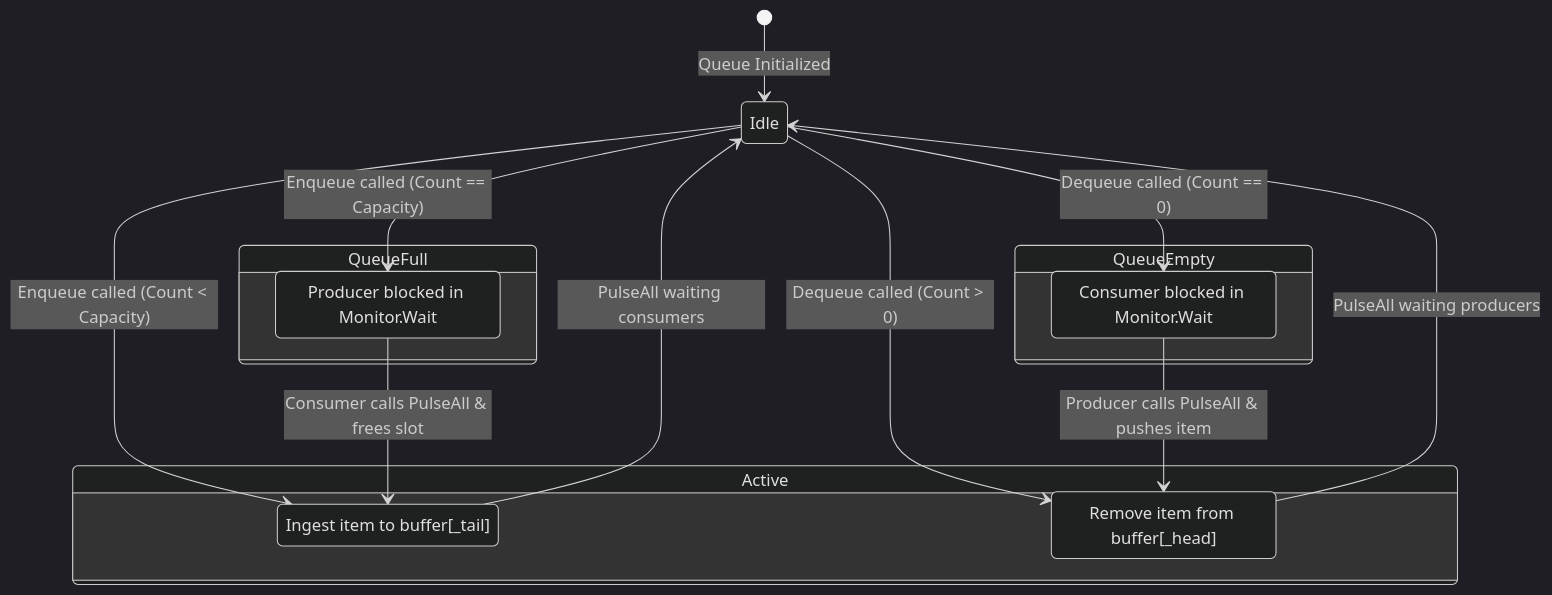
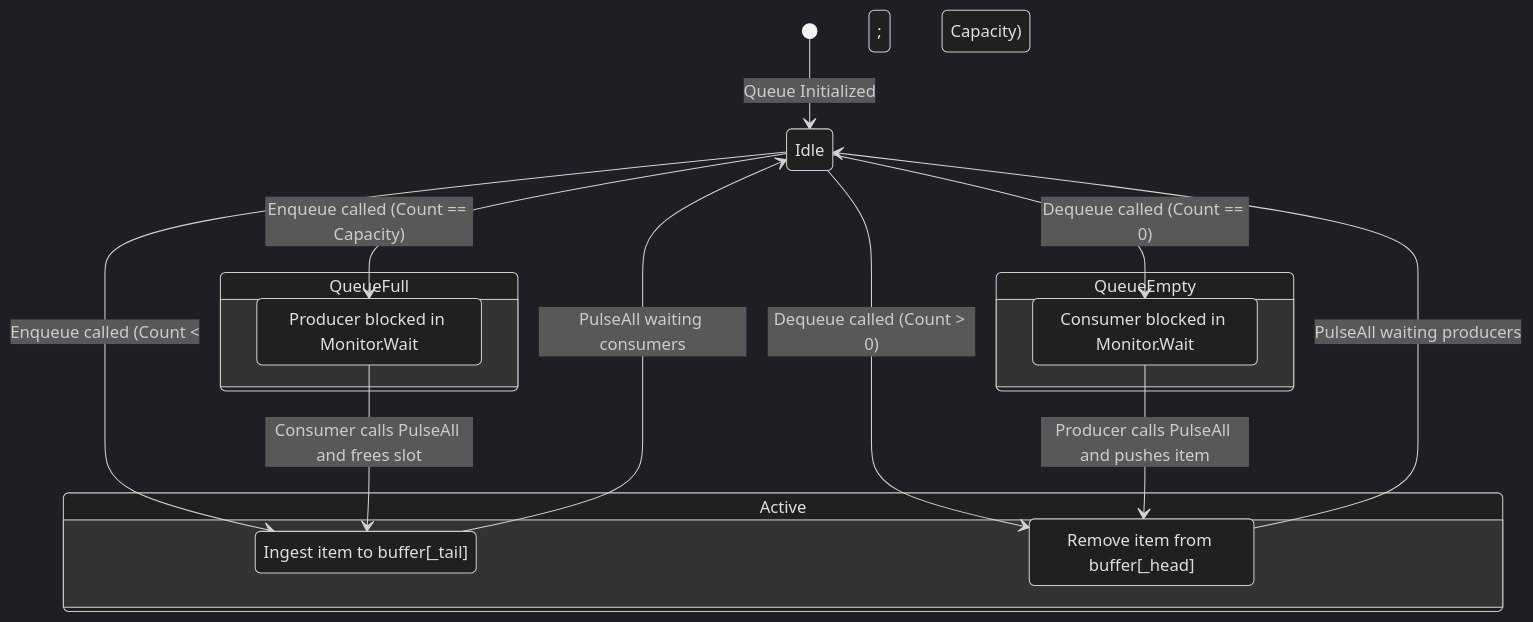
The second of 2 diagrams in Senior_problem_solution/26_Thread_Safe_Data_Structures.md (dip4k/DSA_102), drawn with Mermaid (dark theme) before and after one commit. The commit also changed 191 other files, not shown here.

````diff
--- a/Senior_problem_solution/26_Thread_Safe_Data_Structures.md
+++ b/Senior_problem_solution/26_Thread_Safe_Data_Structures.md
@@ -318,28 +318,28 @@
 ```mermaid
 stateDiagram-v2
     [*] --> Idle: Queue Initialized
 
     state QueueFull {
         FullWait: Producer blocked in Monitor.Wait
     }
 
     state QueueEmpty {
         EmptyWait: Consumer blocked in Monitor.Wait
     }
 
     state Active {
         Ingest: Ingest item to buffer[_tail]
         Egest: Remove item from buffer[_head]
     }
 
-    Idle --> Ingest: Enqueue called (Count < Capacity)
+    Idle --> Ingest: Enqueue called (Count &lt; Capacity)
     Idle --> FullWait: Enqueue called (Count == Capacity)
     Idle --> EmptyWait: Dequeue called (Count == 0)
     Idle --> Egest: Dequeue called (Count > 0)
 
-    FullWait --> Ingest: Consumer calls PulseAll & frees slot
-    EmptyWait --> Egest: Producer calls PulseAll & pushes item
+    FullWait --> Ingest: Consumer calls PulseAll and frees slot
+    EmptyWait --> Egest: Producer calls PulseAll and pushes item
 
     Ingest --> Idle: PulseAll waiting consumers
     Egest --> Idle: PulseAll waiting producers
 ```
````
